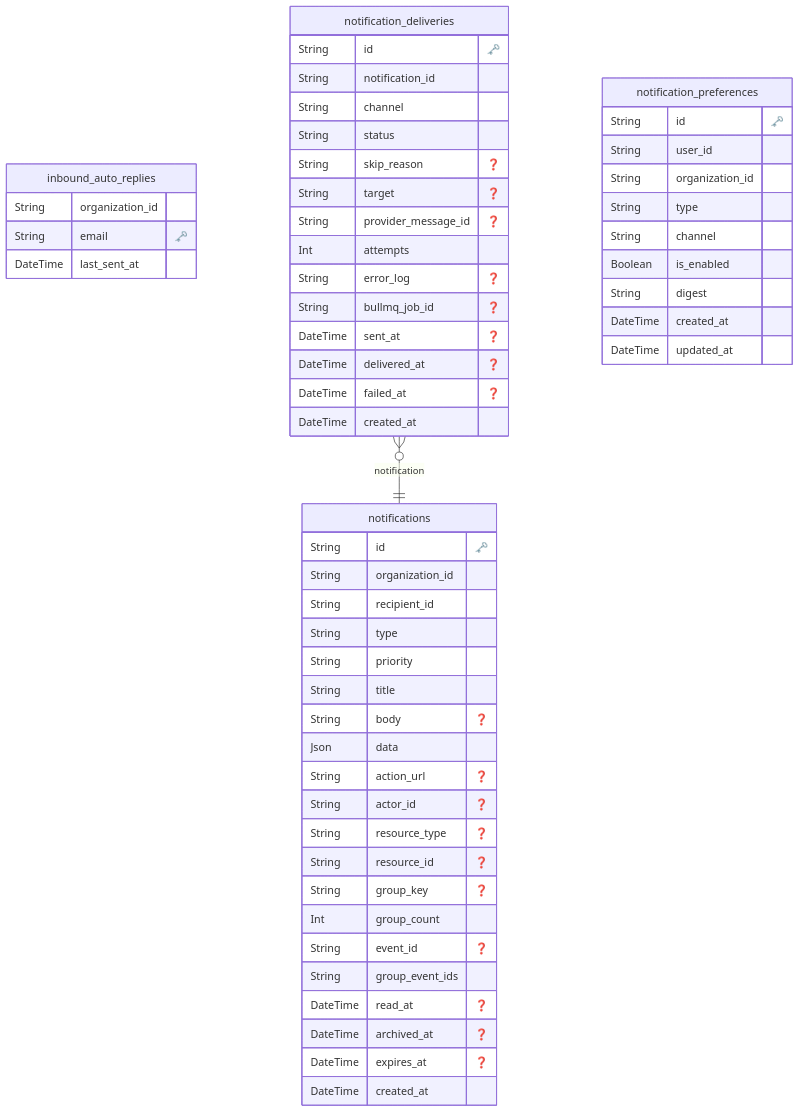
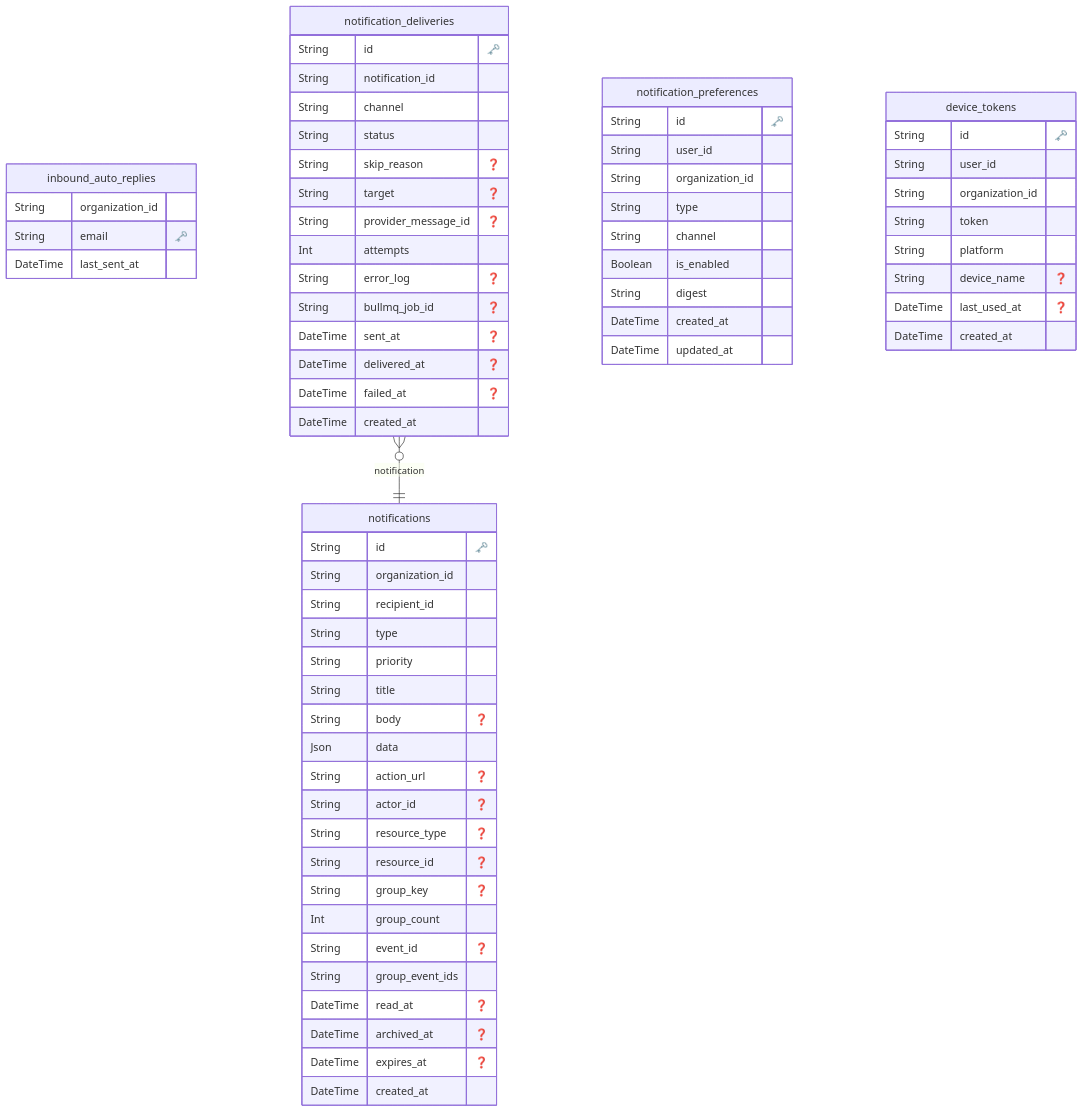
One commit to dungtq2k5/synapse-desk changed the diagram in docs/reference/erd/notification-service.md. Above: the diagram before and after it, drawn with Mermaid. The commit also changed 33 other files, not shown here.

````diff
--- a/docs/reference/erd/notification-service.md
+++ b/docs/reference/erd/notification-service.md
@@ -1,66 +1,78 @@
 ```mermaid
 erDiagram
 
   "notifications" {
     String id "🗝️"
     String organization_id 
     String recipient_id 
     String type 
     String priority 
     String title 
     String body "❓"
     Json data 
     String action_url "❓"
     String actor_id "❓"
     String resource_type "❓"
     String resource_id "❓"
     String group_key "❓"
     Int group_count 
     String event_id "❓"
     String group_event_ids 
     DateTime read_at "❓"
     DateTime archived_at "❓"
     DateTime expires_at "❓"
     DateTime created_at 
     }
   
 
   "inbound_auto_replies" {
     String organization_id 
     String email "🗝️"
     DateTime last_sent_at 
     }
   
 
   "notification_deliveries" {
     String id "🗝️"
     String notification_id 
     String channel 
     String status 
     String skip_reason "❓"
     String target "❓"
     String provider_message_id "❓"
     Int attempts 
     String error_log "❓"
     String bullmq_job_id "❓"
     DateTime sent_at "❓"
     DateTime delivered_at "❓"
     DateTime failed_at "❓"
     DateTime created_at 
     }
   
 
   "notification_preferences" {
     String id "🗝️"
     String user_id 
     String organization_id 
     String type 
     String channel 
     Boolean is_enabled 
     String digest 
     DateTime created_at 
     DateTime updated_at 
     }
   
+
+  "device_tokens" {
+    String id "🗝️"
+    String user_id 
+    String organization_id 
+    String token 
+    String platform 
+    String device_name "❓"
+    DateTime last_used_at "❓"
+    DateTime created_at 
+    }
+  
     "notification_deliveries" }o--|| notifications : "notification"
 ```
````
